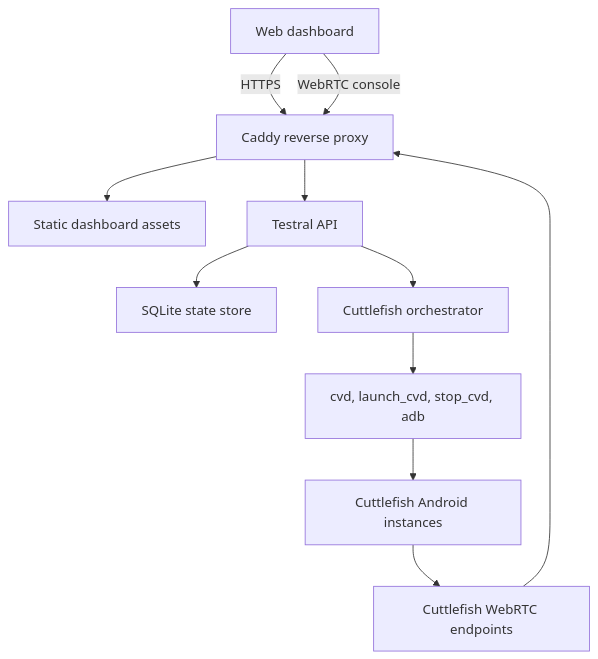
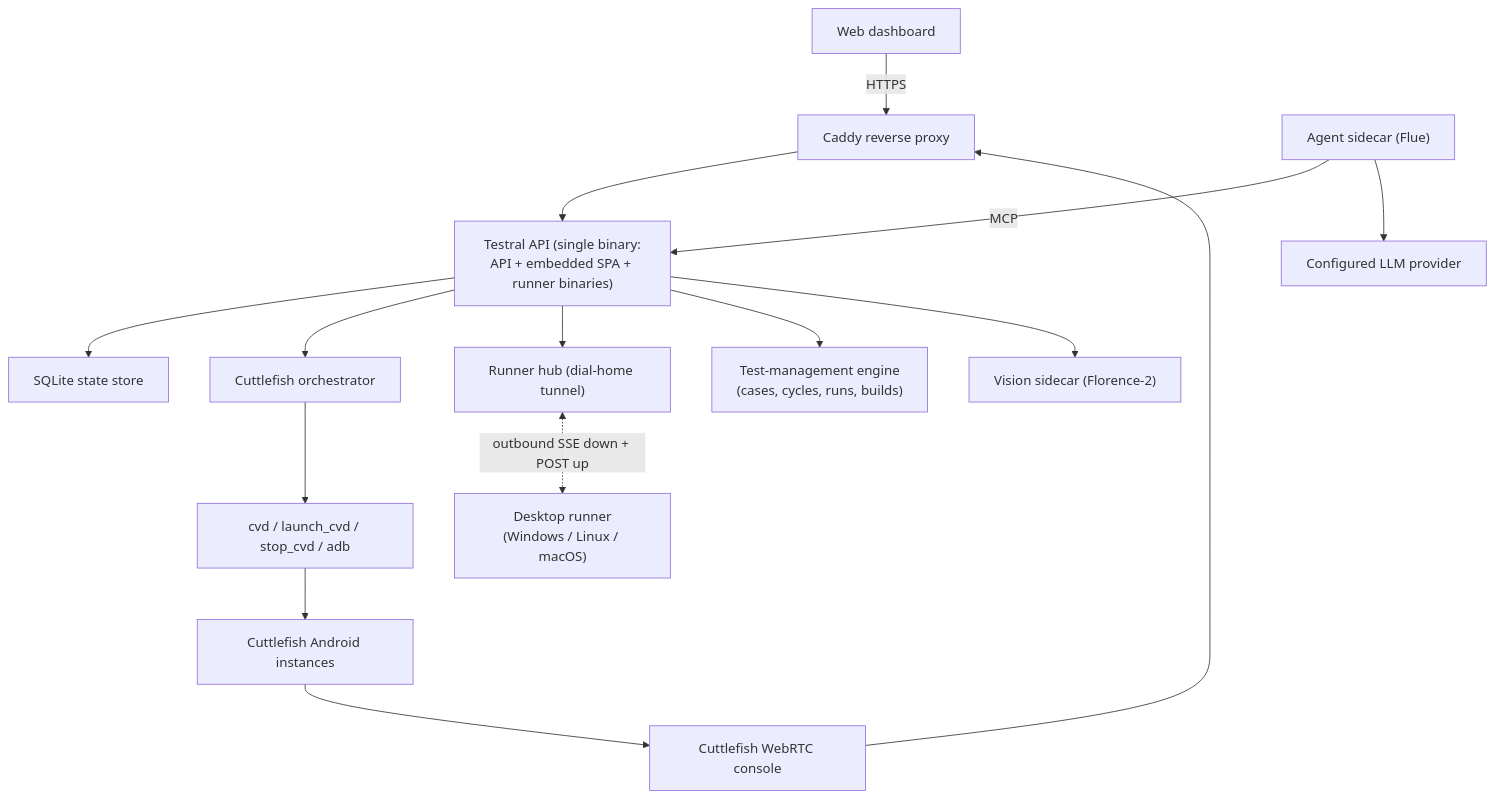
One commit to PyKestrel/OpenCuttles changed the diagram in docs/architecture.md. Above: the diagram before and after it, drawn with Mermaid. The commit also changed other lines of this file and 10 other files, not shown here.

````diff
--- a/docs/architecture.md
+++ b/docs/architecture.md
@@ -9,13 +15,21 @@
 ```mermaid
 flowchart TD
-  Browser["Web dashboard"] -->|"HTTPS"| Proxy["Caddy reverse proxy"]
-  Browser -->|"WebRTC console"| Proxy
-  Proxy --> Frontend["Static dashboard assets"]
-  Proxy --> Api["Testral API"]
+  Browser["Web dashboard"] -->|HTTPS| Proxy["Caddy reverse proxy"]
+  Proxy --> Api["Testral API (single binary:<br/>API + embedded SPA + runner binaries)"]
+
   Api --> Store["SQLite state store"]
   Api --> Orchestrator["Cuttlefish orchestrator"]
-  Orchestrator --> Commands["cvd, launch_cvd, stop_cvd, adb"]
-  Commands --> Instances["Cuttlefish Android instances"]
-  Instances --> WebRtc["Cuttlefish WebRTC endpoints"]
+  Api --> Hub["Runner hub (dial-home tunnel)"]
+  Api --> Cycles["Test-management engine<br/>(cases, cycles, runs, builds)"]
+
+  Orchestrator --> Commands["cvd / launch_cvd / stop_cvd / adb"]
+  Commands --> Android["Cuttlefish Android instances"]
+  Android --> WebRtc["Cuttlefish WebRTC console"]
   WebRtc --> Proxy
+
+  Hub <-.->|"outbound SSE down + POST up"| Runner["Desktop runner<br/>(Windows / Linux / macOS)"]
+
+  Agent["Agent sidecar (Flue)"] -->|MCP| Api
+  Agent --> Llm["Configured LLM provider"]
+  Api --> Vision["Vision sidecar (Florence-2)"]
 ```
````
